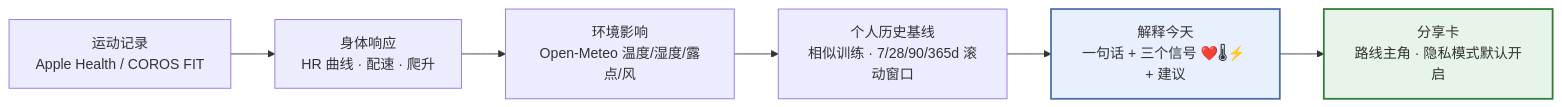
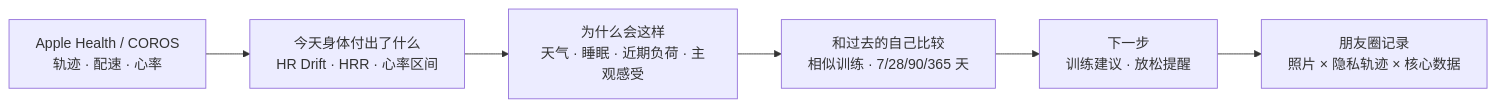
Before and after one commit to bor799/endurance-health-analyst: the diagram in README.md, drawn with Mermaid. The commit also changed other lines of this file and 23 other files, not shown here.

````diff
--- a/README.md
+++ b/README.md
@@ -8,10 +18,8 @@
 ```mermaid
 flowchart LR
-    A[运动记录<br/>Apple Health / COROS FIT] --> B[身体响应<br/>HR 曲线 · 配速 · 爬升]
-    B --> C[环境影响<br/>Open-Meteo 温度/湿度/露点/风]
-    C --> D[个人历史基线<br/>相似训练 · 7/28/90/365d 滚动窗口]
-    D --> E[解释今天<br/>一句话 + 三个信号 ❤️🌡⚡ + 建议]
-    E --> F[分享卡<br/>路线主角 · 隐私模式默认开启]
-    style E fill:#e8f0fe,stroke:#4a6fa5,stroke-width:2px
-    style F fill:#e6f4ea,stroke:#2e7d32,stroke-width:2px
+    A[Apple Health / COROS<br/>轨迹 · 配速 · 心率] --> B[今天身体付出了什么<br/>HR Drift · HRR · 心率区间]
+    B --> C[为什么会这样<br/>天气 · 睡眠 · 近期负荷 · 主观感受]
+    C --> D[和过去的自己比较<br/>相似训练 · 7/28/90/365 天]
+    D --> E[下一步<br/>训练建议 · 放松提醒]
+    E --> F[朋友圈记录<br/>照片 × 隐私轨迹 × 核心数据]
 ```
````
